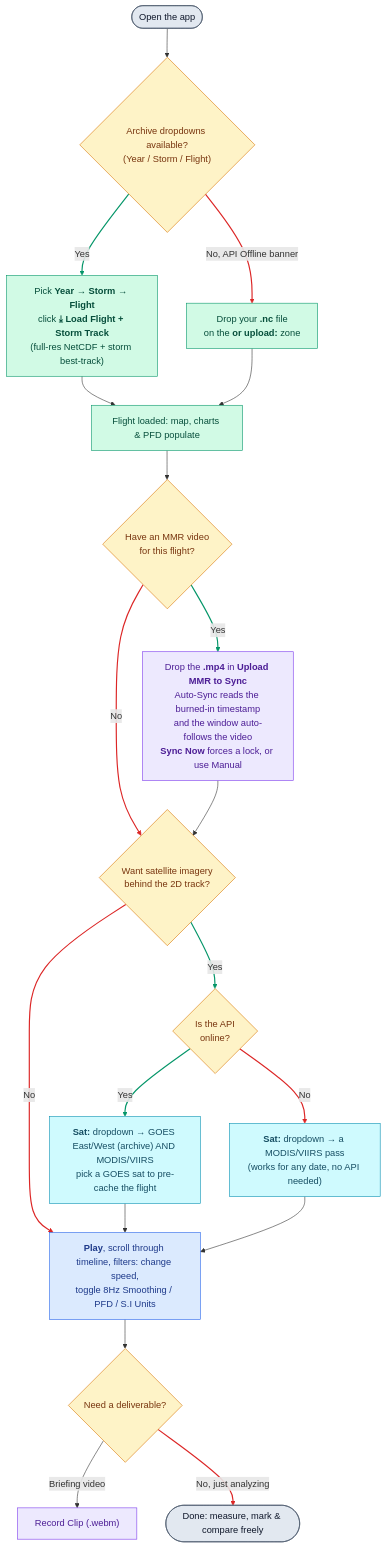
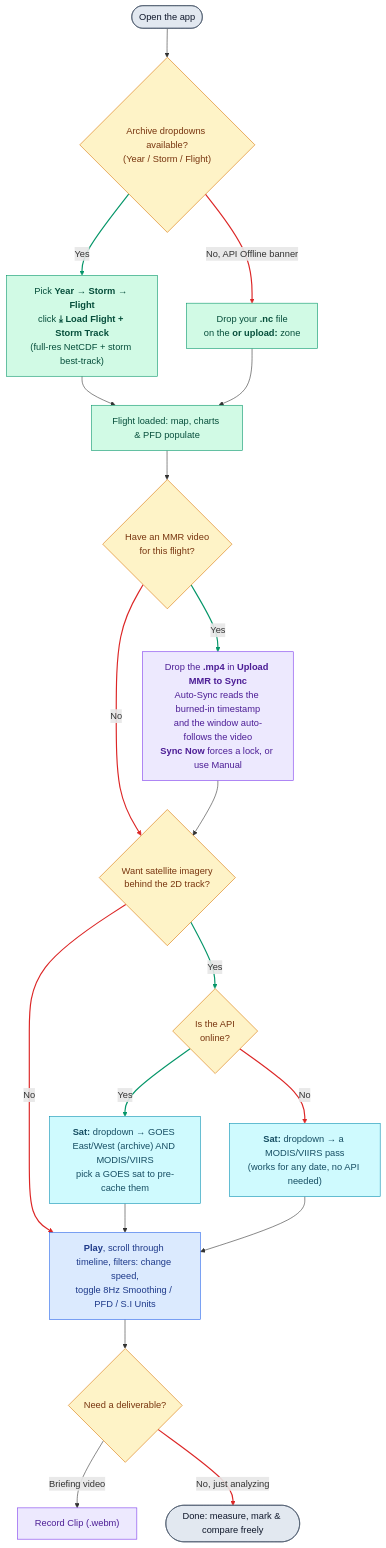
One commit to diegoxb07/AOCVisualizer changed the diagram in README.md. Above: the diagram before and after it, drawn with Mermaid.

````diff
--- a/README.md
+++ b/README.md
@@ -17,37 +17,37 @@
 ```mermaid
 flowchart TD
     START(["Open the app"]) --> ARCHIVE{"Archive dropdowns available?<br>(Year / Storm / Flight)"}
     ARCHIVE -- "Yes" --> LOADARC["Pick <b>Year → Storm → Flight</b><br>click <b>⤓ Load Flight + Storm Track</b><br>(full-res NetCDF + storm best-track)"]
     ARCHIVE -- "No, API Offline banner" --> UPLOAD["Drop your <b>.nc</b> file<br>on the <b>or upload:</b> zone"]
     LOADARC --> LOADED["Flight loaded: map, charts & PFD populate"]
     UPLOAD --> LOADED
     LOADED --> MMR{"Have an MMR video<br>for this flight?"}
     MMR -- "Yes" --> VIDEO["Drop the <b>.mp4</b> in <b>Upload MMR to Sync</b><br>Auto-Sync reads the burned-in timestamp<br>and the window auto-follows the video<br><b>Sync Now</b> forces a lock, or use Manual"]
     MMR -- "No" --> SAT{"Want satellite imagery<br>behind the 2D track?"}
     VIDEO --> SAT
     SAT -- "Yes" --> FROMARC{"Is the API<br>online?"}
-    FROMARC -- "Yes" --> SATGOES["<b>Sat:</b> dropdown → GOES East/West (archive) AND MODIS/VIIRS<br>pick a GOES sat to pre-cache the flight"]
+    FROMARC -- "Yes" --> SATGOES["<b>Sat:</b> dropdown → GOES East/West (archive) AND MODIS/VIIRS<br>pick a GOES sat to pre-cache them"]
     FROMARC -- "No" --> SATPOLAR["<b>Sat:</b> dropdown → a MODIS/VIIRS pass<br>(works for any date, no API needed)"]
     SAT -- "No" --> PLAY["<b>Play</b>, scroll through timeline, filters: change speed,<br>toggle 8Hz Smoothing / PFD / S.I Units"]
     SATGOES --> PLAY
     SATPOLAR --> PLAY
     PLAY --> EXPORT{"Need a deliverable?"}
     EXPORT -- "Briefing video" --> CLIP["Record Clip (.webm)"]
     EXPORT -- "No, just analyzing" --> DONE(["Done: measure, mark & compare freely"])
 
     classDef decision fill:#fef3c7,stroke:#d97706,color:#78350f
     classDef data fill:#d1fae5,stroke:#059669,color:#064e3b
     classDef mmr fill:#ede9fe,stroke:#7c3aed,color:#4c1d95
     classDef sat fill:#cffafe,stroke:#0891b2,color:#164e63
     classDef playback fill:#dbeafe,stroke:#2563eb,color:#1e3a8a
     classDef term fill:#e2e8f0,stroke:#475569,color:#0f172a
     class ARCHIVE,MMR,SAT,FROMARC,EXPORT decision
     class LOADARC,UPLOAD,LOADED data
     class VIDEO,CLIP mmr
     class SATGOES,SATPOLAR sat
     class PLAY playback
     class START,DONE term
     %% linkStyle numbers = edge definition order above; update them if edges are added or reordered
     linkStyle 1,6,9,10 stroke:#059669,stroke-width:2px
     linkStyle 2,7,11,12,17 stroke:#dc2626,stroke-width:2px
 ```
````
